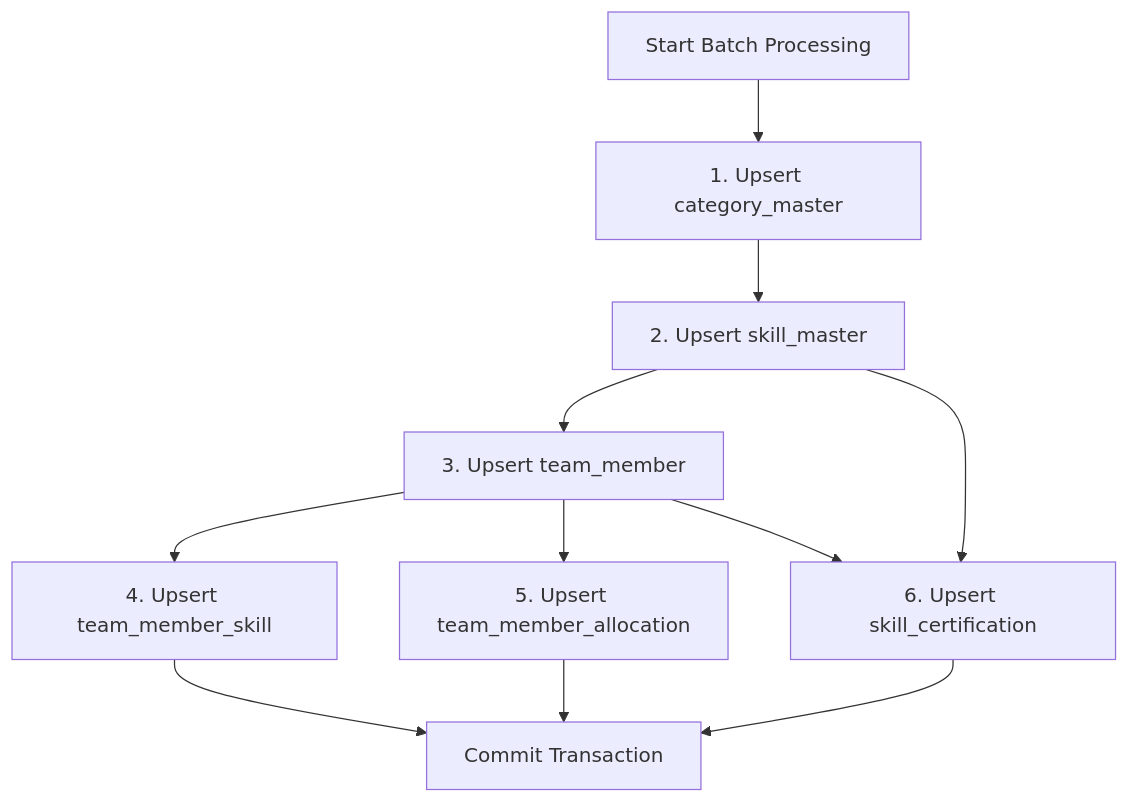
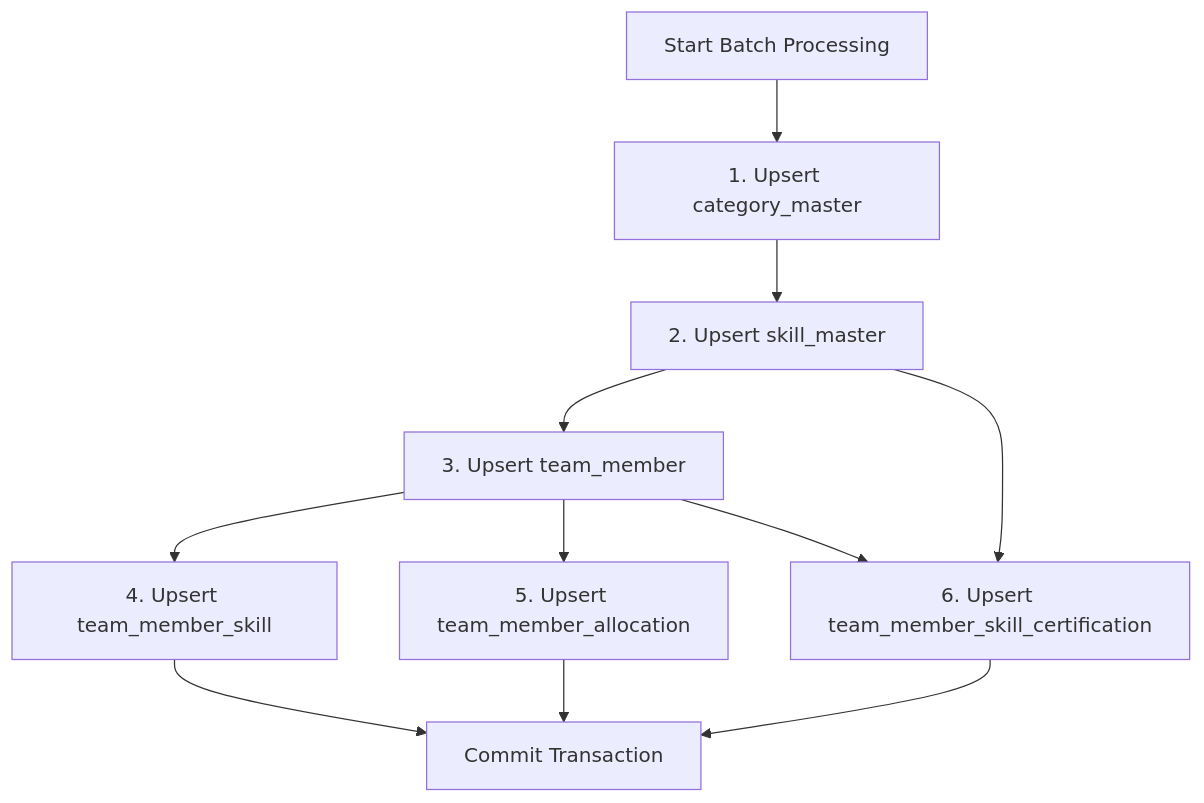
The diagram in specs/cron/database-mapping.md (aaryaa-infobeans/ib-job-skill-mapping-system), drawn with Mermaid before and after one commit. The commit also changed other lines of this file and 57 other files, not shown here.

````diff
--- a/specs/cron/database-mapping.md
+++ b/specs/cron/database-mapping.md
@@ -168,13 +168,13 @@
 ```mermaid
 graph TD
     A[Start Batch Processing] --> B[1. Upsert category_master]
     B --> C[2. Upsert skill_master]
     C --> D[3. Upsert team_member]
     D --> E[4. Upsert team_member_skill]
     D --> F[5. Upsert team_member_allocation]
-    C --> G[6. Upsert skill_certification]
+    C --> G[6. Upsert team_member_skill_certification]
     D --> G
     E --> H[Commit Transaction]
     F --> H
     G --> H
 ```
````
